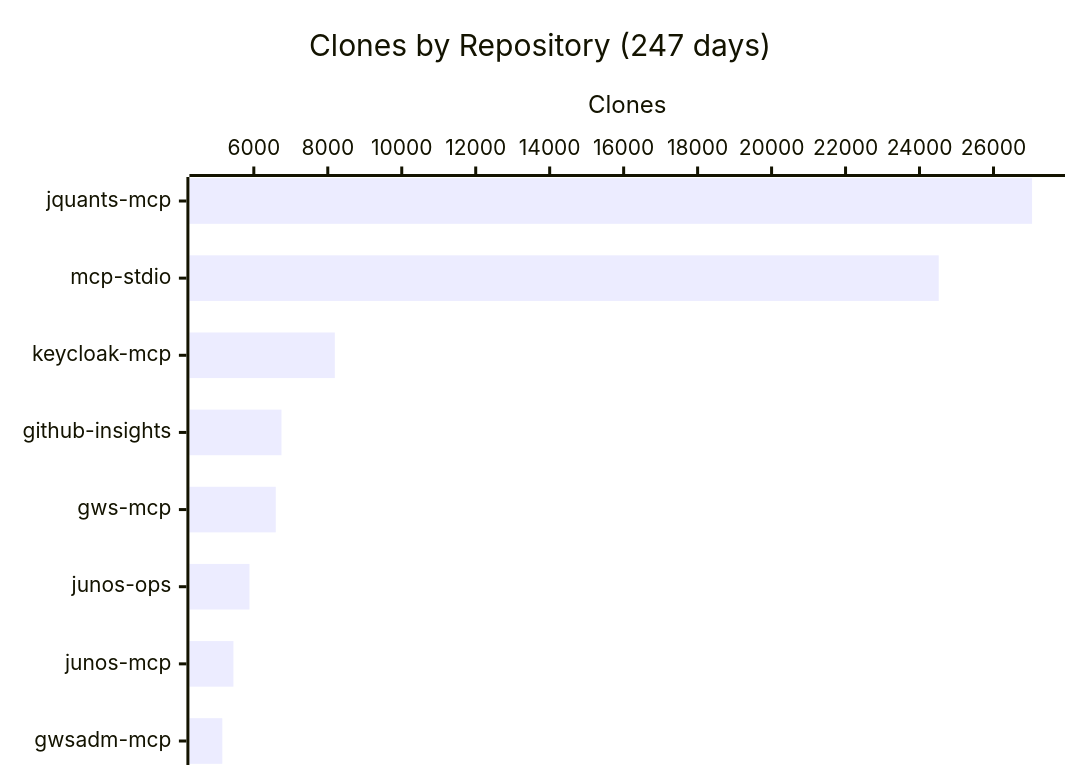
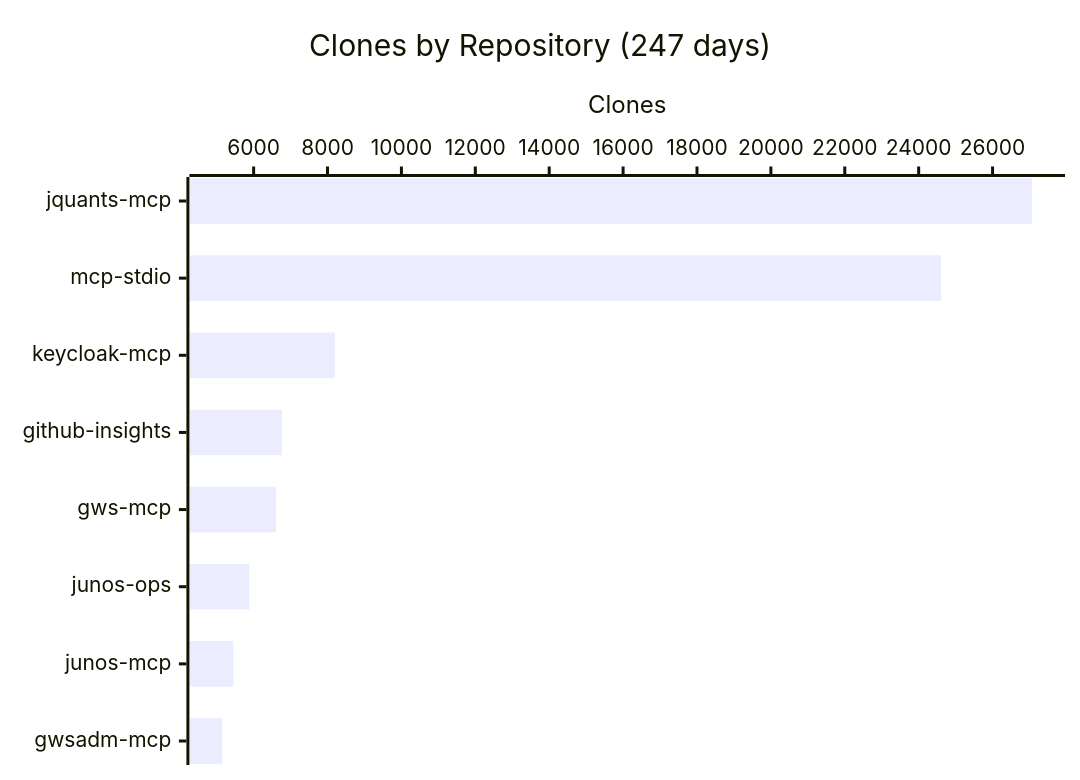
Before and after one commit to shigechika/github-insights: the fourth of 4 diagrams in README.md, drawn with Mermaid. The commit also changed other lines of this file and 1 other file, not shown here.

````diff
--- a/README.md
+++ b/README.md
@@ -58,7 +58,7 @@
 ```mermaid
 xychart-beta horizontal
     title "Clones by Repository (247 days)"
     x-axis ["jquants-mcp", "mcp-stdio", "keycloak-mcp", "github-insights", "gws-mcp", "junos-ops", "junos-mcp", "gwsadm-mcp"]
     y-axis "Clones"
-    bar [27044, 24520, 8190, 6748, 6594, 5882, 5449, 5148]
+    bar [27070, 24606, 8195, 6767, 6602, 5883, 5453, 5152]
 ```
````
